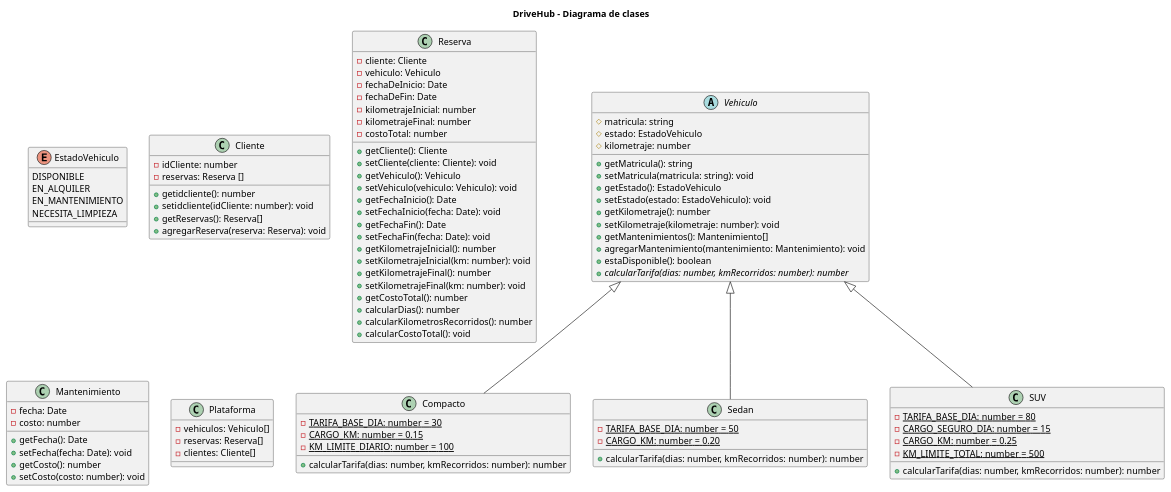
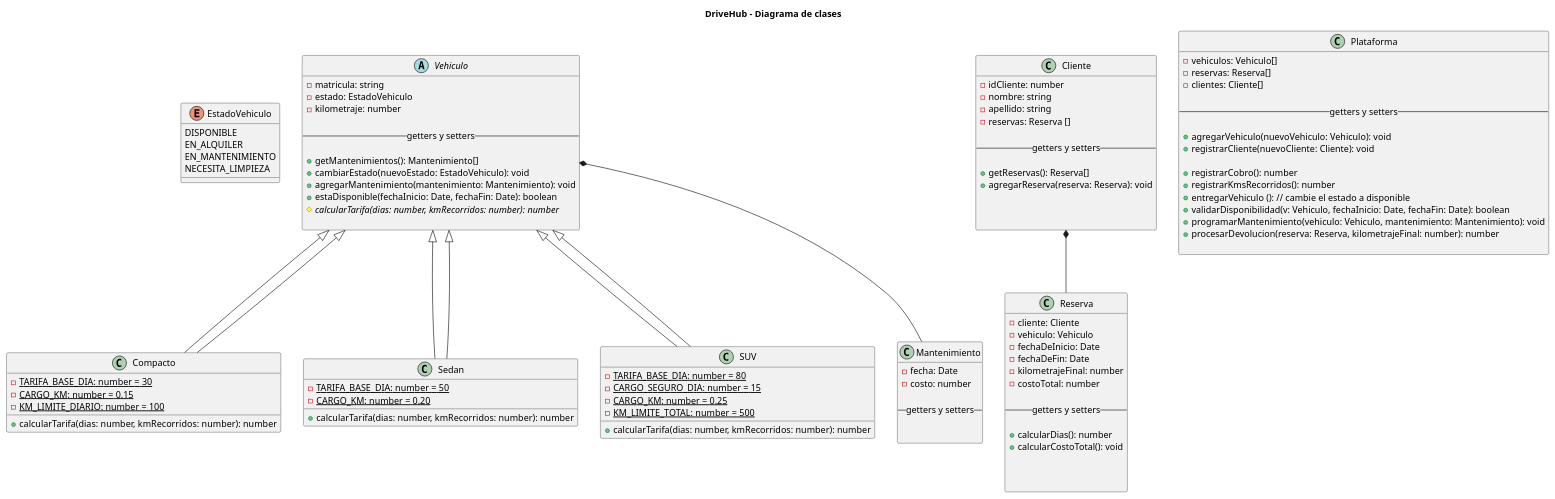
The diagram in diagramas/diagrama.puml (martingustavolopez/PROGRAMACION-II-CUVL), drawn with PlantUML before and after one commit. The commit also changed 3 other files, not shown here.

Commit message:
Modificacion de diagrama de clases

```diff
--- a/diagramas/diagrama.puml
+++ b/diagramas/diagrama.puml
@@ -1,140 +1,138 @@
 @startuml
 
 title DriveHub - Diagrama de clases
 
 ' Enumeracion de estado vehiculo
 enum EstadoVehiculo {
     DISPONIBLE
     EN_ALQUILER
     EN_MANTENIMIENTO
     NECESITA_LIMPIEZA
 }
 
 abstract class Vehiculo {
-    # matricula: string
-    # estado: EstadoVehiculo
-    # kilometraje: number
+    - matricula: string
+    - estado: EstadoVehiculo
+    - kilometraje: number
     
+    -- getters y setters --
 
-
-    + getMatricula(): string
-    + setMatricula(matricula: string): void
-    + getEstado(): EstadoVehiculo
-    + setEstado(estado: EstadoVehiculo): void
-    + getKilometraje(): number
-    + setKilometraje(kilometraje: number): void
     + getMantenimientos(): Mantenimiento[]
+    + cambiarEstado(nuevoEstado: EstadoVehiculo): void
     + agregarMantenimiento(mantenimiento: Mantenimiento): void
-    + estaDisponible(): boolean
-    + {abstract} calcularTarifa(dias: number, kmRecorridos: number): number
-
+    + estaDisponible(fechaInicio: Date, fechaFin: Date): boolean
+    # {abstract} calcularTarifa(dias: number, kmRecorridos: number): number
     
 }
 
-class Compacto {
+class Compacto extends Vehiculo {
     - {static} TARIFA_BASE_DIA: number = 30
     - {static} CARGO_KM: number = 0.15
     - {static} KM_LIMITE_DIARIO: number = 100 
 
-    + calcularTarifa(dias: number, kmRecorridos: number): number             
-
+    + calcularTarifa(dias: number, kmRecorridos: number): number        
 }
 
-class Sedan {
+class Sedan extends Vehiculo {
     - {static} TARIFA_BASE_DIA: number = 50
     - {static} CARGO_KM: number = 0.20
 
     + calcularTarifa(dias: number, kmRecorridos: number): number
-
 }
 
 
-class SUV {
+class SUV extends Vehiculo {
     - {static} TARIFA_BASE_DIA: number = 80
     - {static} CARGO_SEGURO_DIA: number = 15
     - {static} CARGO_KM: number = 0.25
     - {static} KM_LIMITE_TOTAL: number = 500
 
     + calcularTarifa(dias: number, kmRecorridos: number): number
-
 }
 
 
 class Cliente {
     - idCliente: number
+    - nombre: string
+    - apellido: string
     - reservas: Reserva []
 
-    + getidcliente(): number
-    + setidcliente(idCliente: number): void
+    -- getters y setters --
+
     + getReservas(): Reserva[]
     + agregarReserva(reserva: Reserva): void
 
 
 
 }
 
 class Reserva {
     - cliente: Cliente
     - vehiculo: Vehiculo
     - fechaDeInicio: Date
     - fechaDeFin: Date
-    - kilometrajeInicial: number
     - kilometrajeFinal: number
     - costoTotal: number
 
-    + getCliente(): Cliente
-    + setCliente(cliente: Cliente): void
-    + getVehiculo(): Vehiculo
-    + setVehiculo(vehiculo: Vehiculo): void
-    + getFechaInicio(): Date
-    + setFechaInicio(fecha: Date): void
-    + getFechaFin(): Date
-    + setFechaFin(fecha: Date): void
-    + getKilometrajeInicial(): number
-    + setKilometrajeInicial(km: number): void
-    + getKilometrajeFinal(): number
-    + setKilometrajeFinal(km: number): void
-    + getCostoTotal(): number
+    -- getters y setters --
+
     + calcularDias(): number
-    + calcularKilometrosRecorridos(): number
+'    + calcularKilometrosRecorridos(): number
     + calcularCostoTotal(): void
 
-    
+
+
 }
 
 class Mantenimiento {
     - fecha: Date
     - costo: number
     
-
-    + getFecha(): Date
-    + setFecha(fecha: Date): void
-    + getCosto(): number
-    + setCosto(costo: number): void
+    -- getters y setters --
 
 
 }
 
 class Plataforma {
-  - vehiculos: Vehiculo[]
-  - reservas: Reserva[]
-  - clientes: Cliente[]
+    - vehiculos: Vehiculo[]
+    - reservas: Reserva[]
+    - clientes: Cliente[]
+
+    -- getters y setters --
+
+    + agregarVehiculo(nuevoVehiculo: Vehiculo): void
+    + registrarCliente(nuevoCliente: Cliente): void
+
+    + registrarCobro(): number
+    + registrarKmsRecorridos(): number
+    + entregarVehiculo (): // cambie el estado a disponible
+    + validarDisponibilidad(v: Vehiculo, fechaInicio: Date, fechaFin: Date): boolean
+    + programarMantenimiento(vehiculo: Vehiculo, mantenimiento: Mantenimiento): void
+    + procesarDevolucion(reserva: Reserva, kilometrajeFinal: number): number
+
 }
 
 
 
 ' Relaciones de herencia
 Vehiculo <|-- Compacto
 Vehiculo <|-- Sedan
 Vehiculo <|-- SUV
+
+' Relaciones de composición
+Vehiculo *-- Mantenimiento
+Cliente *-- Reserva
+
+
+
 
 
 
 
 
 
 ' Notas
 
 
 
 @enduml
```
